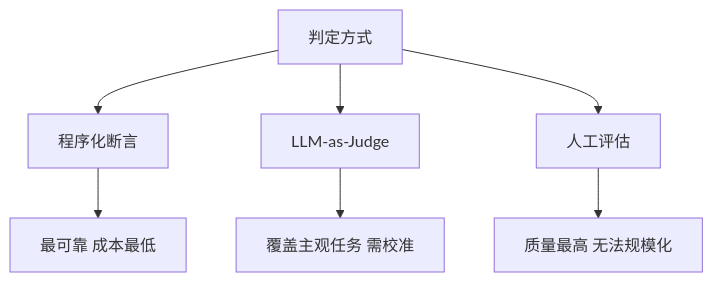
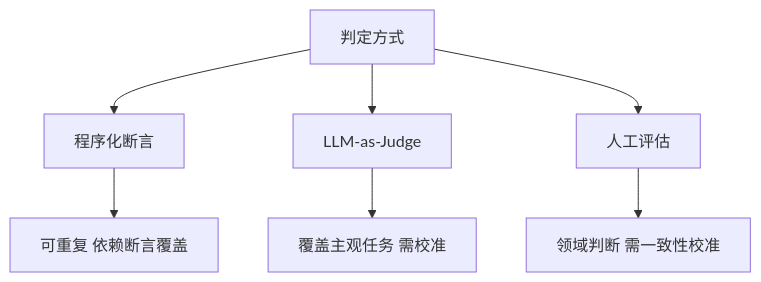
The fifth of 7 diagrams in docs/agent/05-production/14-agent-evaluation.md (oneleaveknowsthefall/awesome-ai-roadmap), drawn with Mermaid before and after one commit. The commit also changed other lines of this file and 50 other files, not shown here.

````diff
--- a/docs/agent/05-production/14-agent-evaluation.md
+++ b/docs/agent/05-production/14-agent-evaluation.md
@@ -232,10 +235,10 @@
 ```mermaid
 flowchart TB
     J[判定方式] --> E[程序化断言]
     J --> L[LLM-as-Judge]
     J --> H[人工评估]
 
-    E --> E1[最可靠 成本最低]
+    E --> E1[可重复 依赖断言覆盖]
     L --> L1[覆盖主观任务 需校准]
-    H --> H1[质量最高 无法规模化]
+    H --> H1[领域判断 需一致性校准]
 ```
````
